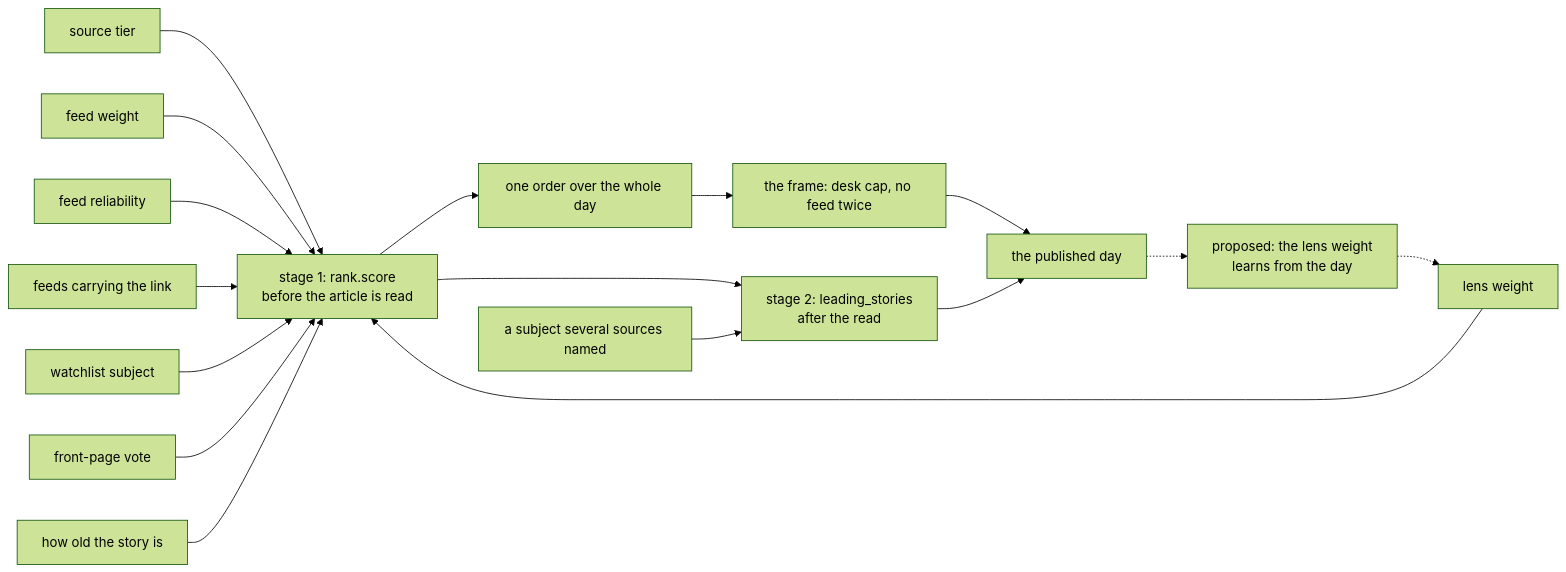
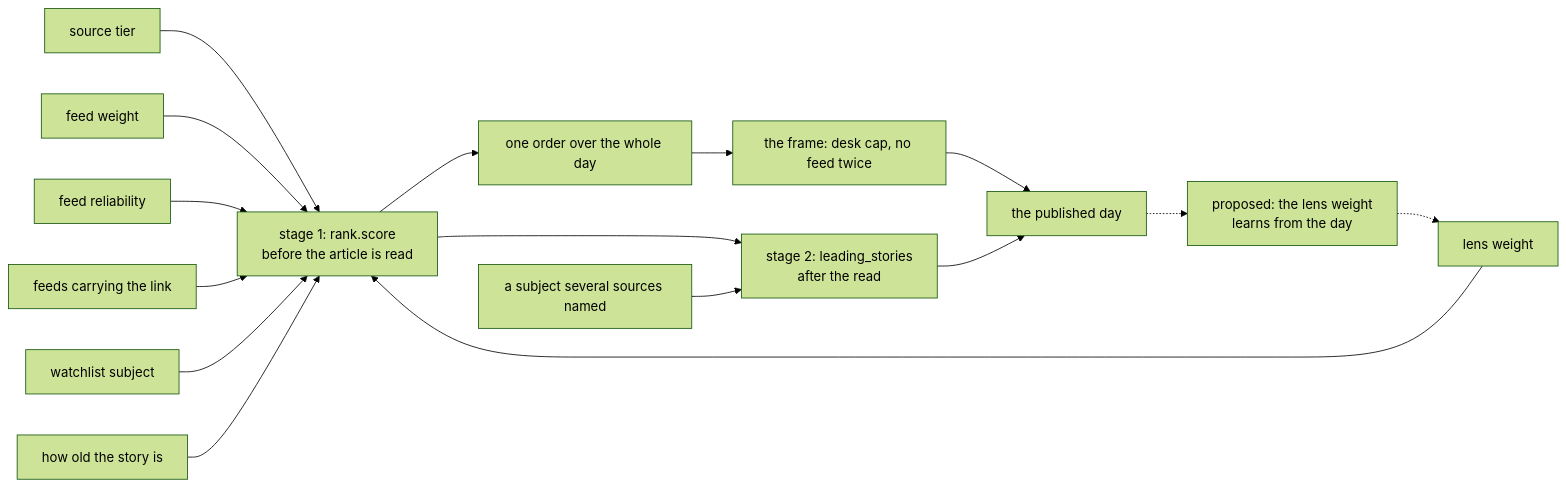
Before and after one commit to miztiik/yen-idhazh: the diagram in docs/concepts/placement.md, drawn with Mermaid (forest theme). The commit also changed other lines of this file and 15 other files, not shown here.

````diff
--- a/docs/concepts/placement.md
+++ b/docs/concepts/placement.md
@@ -123,19 +128,18 @@
 ```mermaid
 flowchart LR
   tier["source tier"] --> s1
   fw["feed weight"] --> s1
   rel["feed reliability"] --> s1
   carried["feeds carrying the link"] --> s1
   watch["watchlist subject"] --> s1
-  front["front-page vote"] --> s1
   lens["lens weight"] --> s1
   age["how old the story is"] --> s1
   s1["stage 1: rank.score<br/>before the article is read"] --> order["one order over the whole day"]
   s1 --> s2["stage 2: leading_stories<br/>after the read"]
   subject["a subject several sources named"] --> s2
   order --> frame["the frame: desk cap, no feed twice"]
   frame --> page["the published day"]
   s2 --> page
   page -.-> loop["proposed: the lens weight<br/>learns from the day"]
   loop -.-> lens
 ```
````
